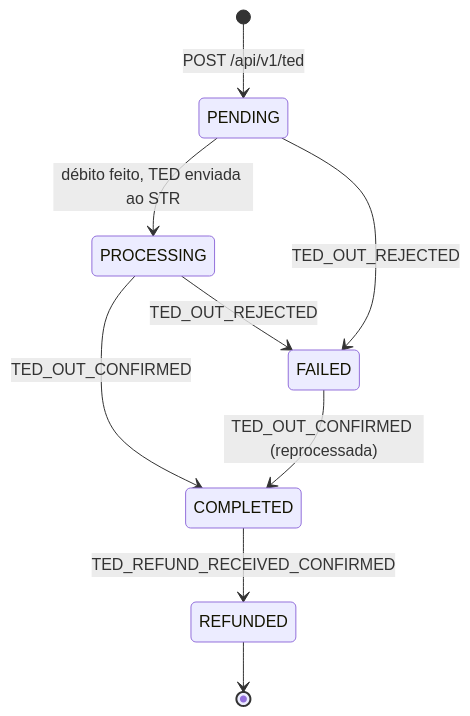
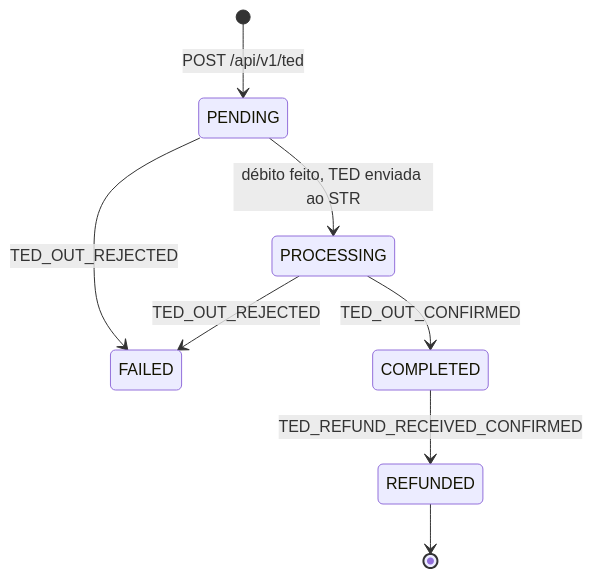
Before and after one commit to woovibr/woovi-developers: the first of 2 diagrams in docs/ted/ted-lifecycle.md, drawn with Mermaid. The commit also changed other lines of this file, not shown here.

Commit message:
docs(ted): drop the reprocessed FAILED → COMPLETED transition from the lifecycle

````diff
--- a/docs/ted/ted-lifecycle.md
+++ b/docs/ted/ted-lifecycle.md
@@ -23,11 +23,10 @@
 ```mermaid
 stateDiagram-v2
     [*] --> PENDING: POST /api/v1/ted
     PENDING --> PROCESSING: débito feito, TED enviada ao STR
     PENDING --> FAILED: TED_OUT_REJECTED
     PROCESSING --> COMPLETED: TED_OUT_CONFIRMED
     PROCESSING --> FAILED: TED_OUT_REJECTED
-    FAILED --> COMPLETED: TED_OUT_CONFIRMED (reprocessada)
     COMPLETED --> REFUNDED: TED_REFUND_RECEIVED_CONFIRMED
     REFUNDED --> [*]
 ```
````
